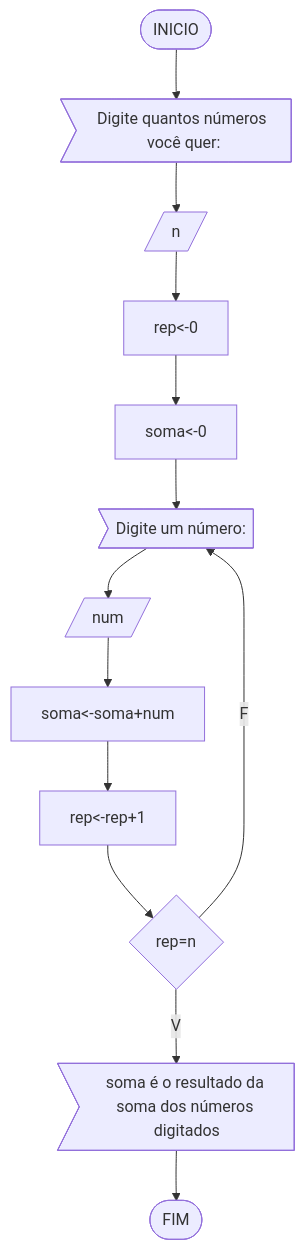
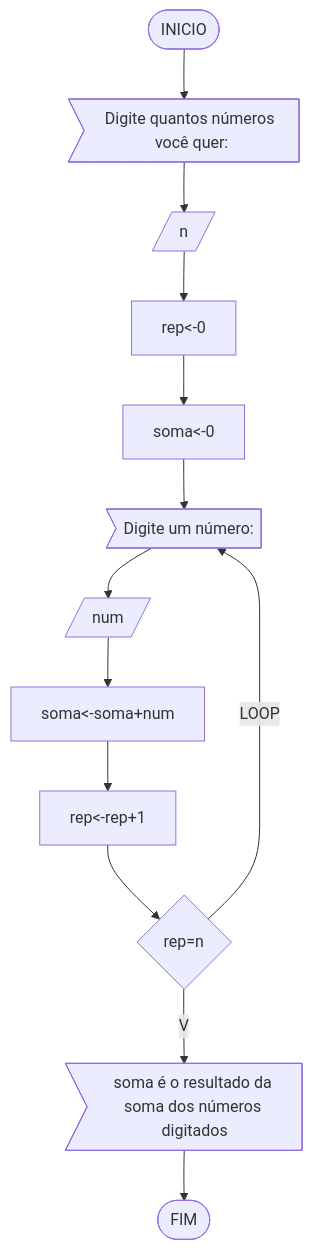
Before and after one commit to angelomendonca0601/unifor: the third of 4 diagrams in RLA/lista3.md, drawn with Mermaid.

````diff
--- a/RLA/lista3.md
+++ b/RLA/lista3.md
@@ -84,15 +84,15 @@
 ```mermaid
 flowchart TD
 id1([INICIO]) -->id2>Digite quantos números você quer:]
 id2 -->id3[/n/]
 id3 -->id4[rep<-0]
 id4-->id5[soma<-0]
 id5-->id6>Digite um número:]
 id6-->id7[/num/]
 id7-->id8[soma<-soma+num]
 id8-->id9[rep<-rep+1]
 id9 -->id10{rep=n}
-id10 --F-->id6
+id10 --LOOP-->id6
 id10 --V-->id11>soma é o resultado da soma dos números digitados]
 id11-->id([FIM])
 ```
````
